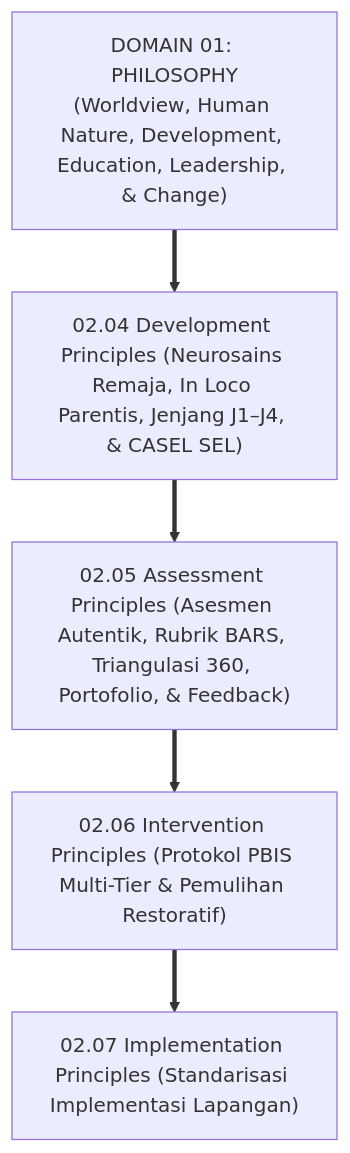
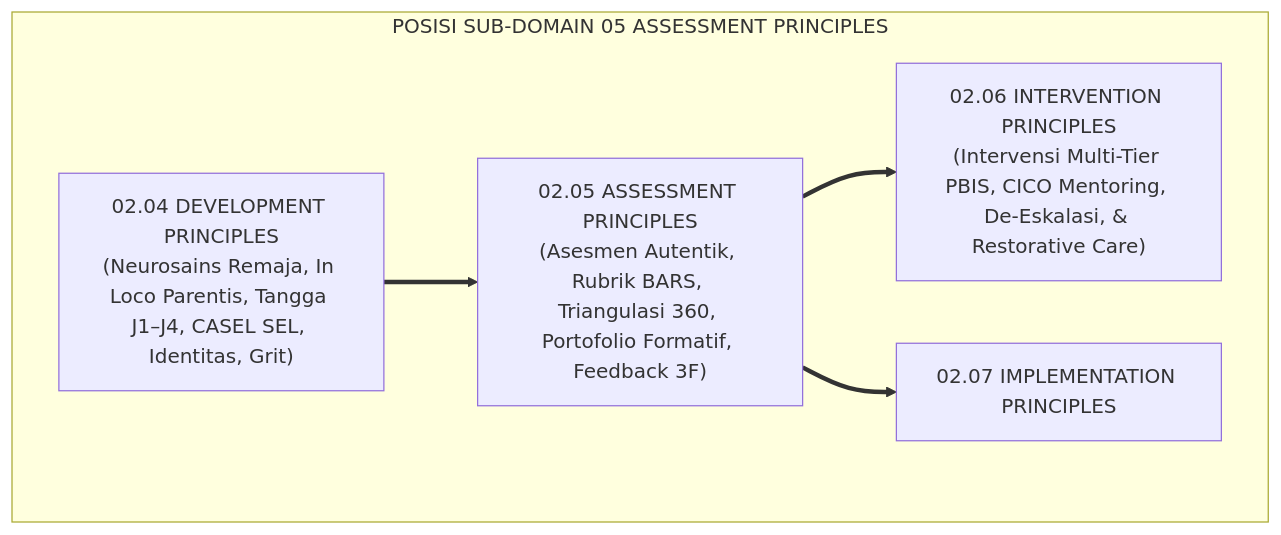
Before and after one commit to wandiapriliyandi/tumbuh: the first of 3 diagrams in 02 Principles/05 Assessment Principles/P2-05-Prinsip-Asesmen-Karakter-TUMBUH.md, drawn with Mermaid. The commit also changed other lines of this file and 6 other files, not shown here.

Commit message:
docs(principles): reconstruct all 05 Assessment Principles monographs to pure academic standard

````diff
--- a/02 Principles/05 Assessment Principles/P2-05-Prinsip-Asesmen-Karakter-TUMBUH.md
+++ b/02 Principles/05 Assessment Principles/P2-05-Prinsip-Asesmen-Karakter-TUMBUH.md
@@ -49,11 +54,10 @@
 ```mermaid
-graph TD
-    D1["DOMAIN 01: PHILOSOPHY<br/>(Worldview, Human Nature, Development, Education, Leadership, & Change)"]
-    ==> D2_04["02.04 Development Principles (Neurosains Remaja, In Loco Parentis, Jenjang J1–J4, & CASEL SEL)"]
-    
-    D2_04 ==> D2_05["02.05 Assessment Principles (Asesmen Autentik, Rubrik BARS, Triangulasi 360, Portofolio, & Feedback)"]
-    
-    D2_05 ==> D2_06["02.06 Intervention Principles (Protokol PBIS Multi-Tier & Pemulihan Restoratif)"]
-    
-    D2_06 ==> D2_07["02.07 Implementation Principles (Standarisasi Implementasi Lapangan)"]
+flowchart TD
+    subgraph PosisiAssessmentPrinciplesTUMBUH["POSISI SUB-DOMAIN 05 ASSESSMENT PRINCIPLES"]
+        D2_04["02.04 DEVELOPMENT PRINCIPLES<br/>(Neurosains Remaja, In Loco Parentis, Tangga J1–J4, CASEL SEL, Identitas, Grit)"]
+        ==> D2_05["02.05 ASSESSMENT PRINCIPLES<br/>(Asesmen Autentik, Rubrik BARS, Triangulasi 360, Portofolio Formatif, Feedback 3F)"]
+        
+        D2_05 ==> D2_06["02.06 INTERVENTION PRINCIPLES<br/>(Intervensi Multi-Tier PBIS, CICO Mentoring, De-Eskalasi, & Restorative Care)"]
+        D2_05 ==> D2_07["02.07 IMPLEMENTATION PRINCIPLES"]
+    end
 ```
````
